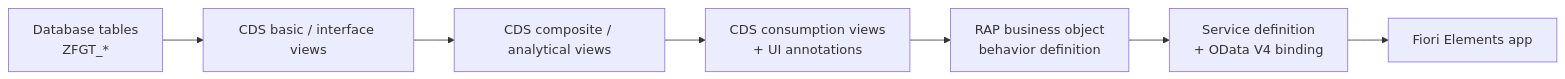
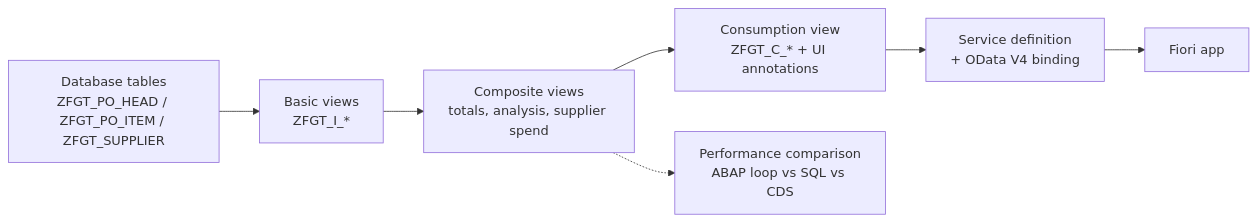
One commit to felipegtrujillo/sap-purchase-analytics changed the diagram in README.md. Above: the diagram before and after it, drawn with Mermaid. The commit also changed other lines of this file, not shown here.

First line of the commit message:
Enhance README with project details and roadmap updates

````diff
--- a/README.md
+++ b/README.md
@@ -17,9 +17,9 @@
 ```mermaid
 flowchart LR
-    A[Database tables<br/>ZFGT_*] --> B[CDS basic / interface views]
-    B --> C[CDS composite / analytical views]
-    C --> D[CDS consumption views<br/>+ UI annotations]
-    D --> E[RAP business object<br/>behavior definition]
-    E --> F[Service definition<br/>+ OData V4 binding]
-    F --> G[Fiori Elements app]
+    T["Database tables<br/>ZFGT_PO_HEAD / ZFGT_PO_ITEM / ZFGT_SUPPLIER"] --> I["Basic views<br/>ZFGT_I_*"]
+    I --> CO["Composite views<br/>totals, analysis, supplier spend"]
+    CO --> CV["Consumption view<br/>ZFGT_C_* + UI annotations"]
+    CV --> S["Service definition<br/>+ OData V4 binding"]
+    S --> APP["Fiori app"]
+    CO -.-> P["Performance comparison<br/>ABAP loop vs SQL vs CDS"]
 ```
````
